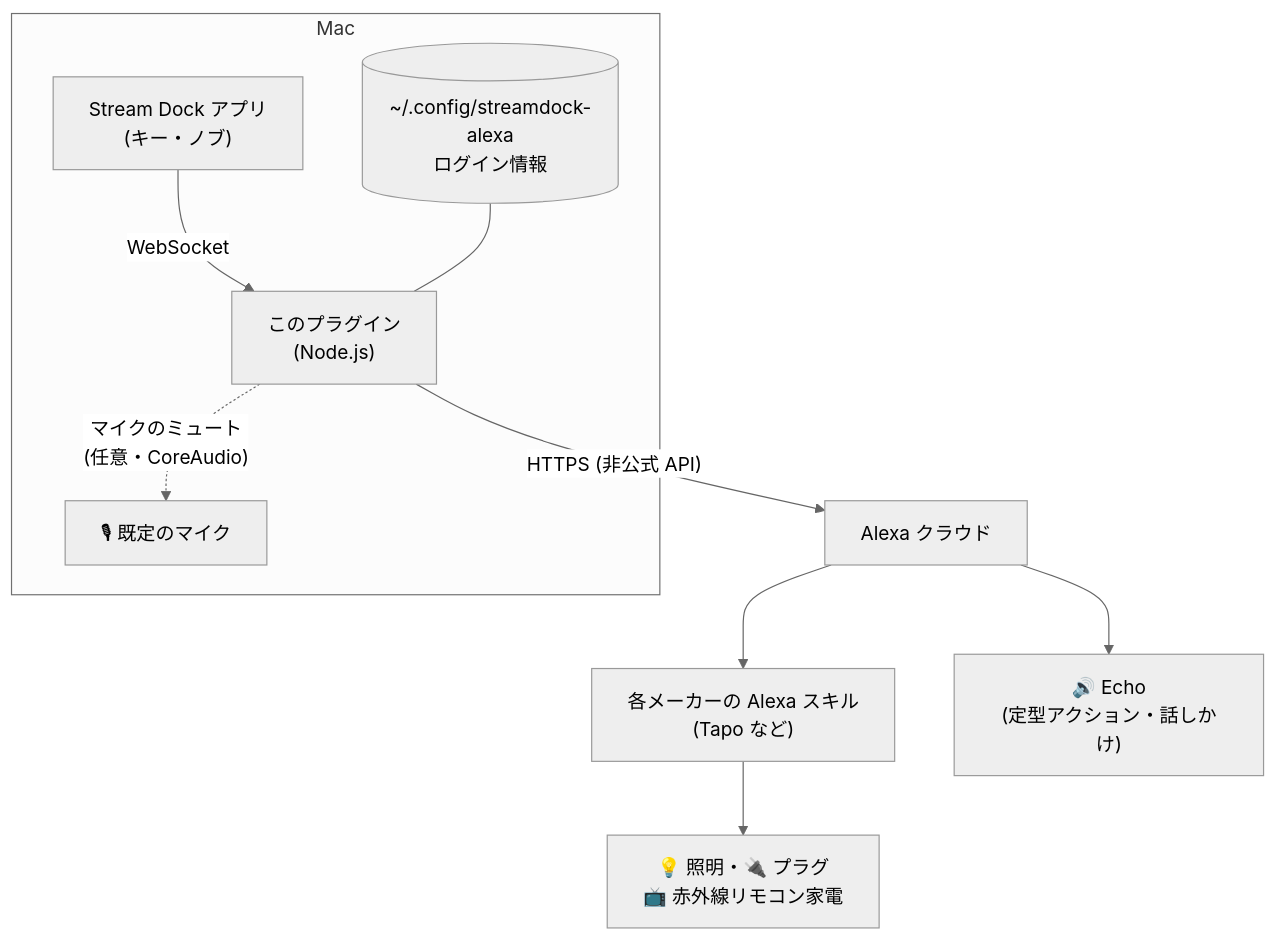
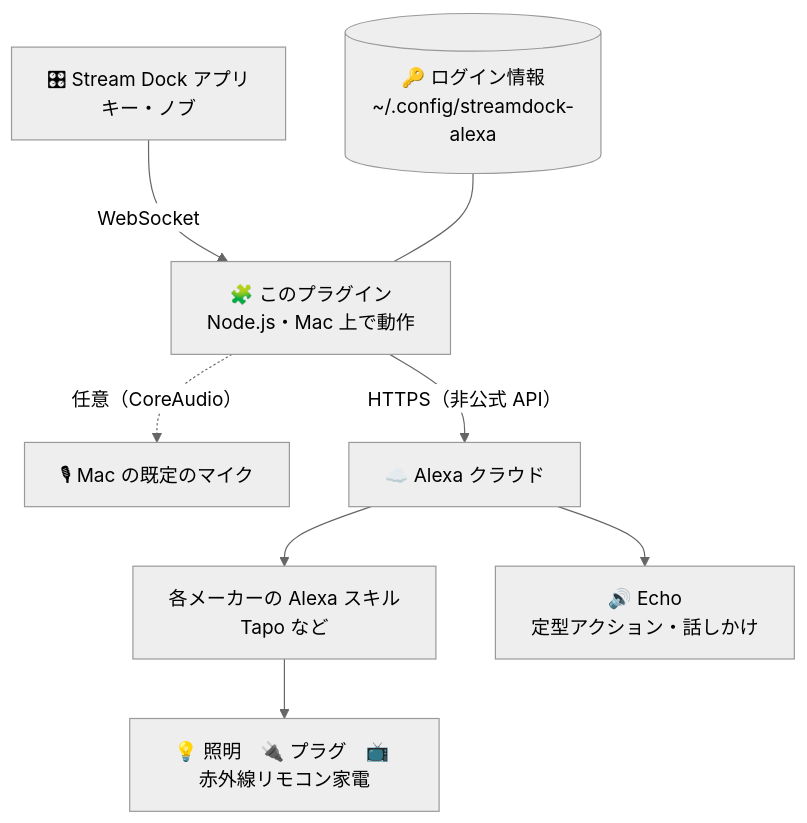
Before and after one commit to yahato2474/streamdock-alexa-smarthome: the first of 2 diagrams in README.md, drawn with Mermaid (neutral theme).

Commit message:
README: simplify the architecture diagram

````diff
--- a/README.md
+++ b/README.md
@@ -55,12 +55,10 @@
 ```mermaid
 flowchart TB
-    subgraph Mac
-        SD["Stream Dock アプリ<br>(キー・ノブ)"] -- WebSocket --> PL["このプラグイン<br>(Node.js)"]
-        PL -. "マイクのミュート<br>(任意・CoreAudio)" .-> MIC["🎙 既定のマイク"]
-        TOK[("~/.config/streamdock-alexa<br>ログイン情報")] --- PL
-    end
-    PL -- "HTTPS (非公式 API)" --> AX["Alexa クラウド"]
-    AX --> SK["各メーカーの Alexa スキル<br>(Tapo など)"]
-    SK --> DEV["💡 照明・🔌 プラグ<br>📺 赤外線リモコン家電"]
-    AX --> ECHO["🔊 Echo<br>(定型アクション・話しかけ)"]
+    SD["🎛 Stream Dock アプリ<br>キー・ノブ"] -- WebSocket --> PL["🧩 このプラグイン<br>Node.js・Mac 上で動作"]
+    PL -. "任意（CoreAudio）" .-> MIC["🎙 Mac の既定のマイク"]
+    TOK[("🔑 ログイン情報<br>~/.config/streamdock-alexa")] --- PL
+    PL -- "HTTPS（非公式 API）" --> AX["☁️ Alexa クラウド"]
+    AX --> SK["各メーカーの Alexa スキル<br>Tapo など"]
+    SK --> DEV["💡 照明　🔌 プラグ　📺 赤外線リモコン家電"]
+    AX --> ECHO["🔊 Echo<br>定型アクション・話しかけ"]
 ```
````
